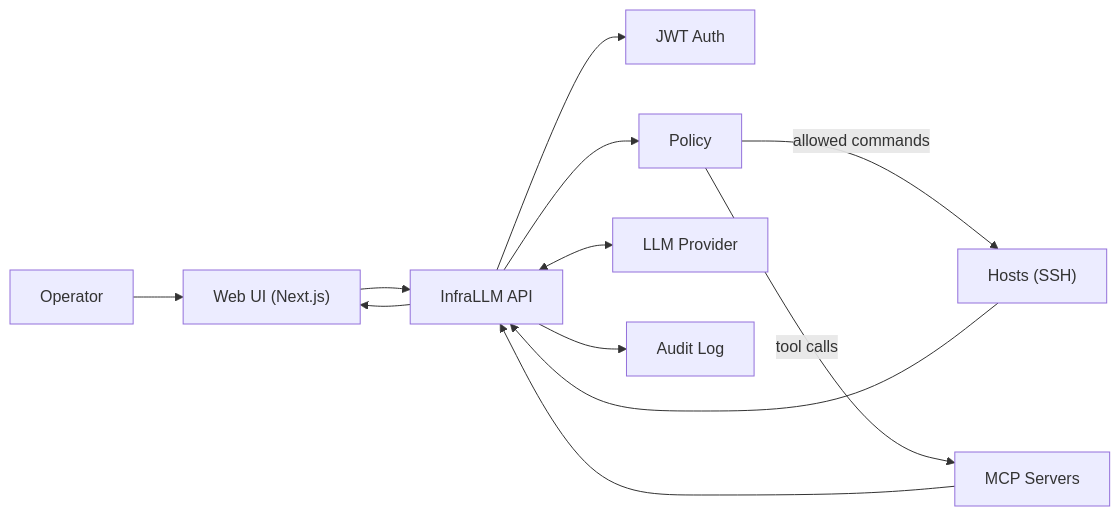
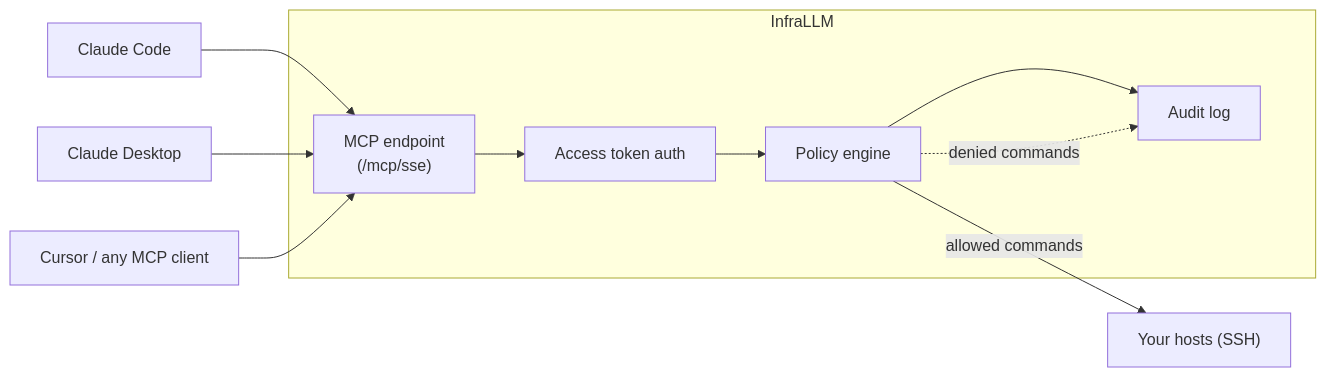
One commit to jd174/InfraLLM changed the diagram in README.md. Above: the diagram before and after it, drawn with Mermaid. The commit also changed other lines of this file and 6 other files, not shown here.

````diff
--- a/README.md
+++ b/README.md
@@ -39,14 +23,13 @@
 ```mermaid
 flowchart LR
-	U["Operator"] --> UI["Web UI (Next.js)"]
-	UI --> API["InfraLLM API"]
-	API --> AUTH["JWT Auth"]
-	API --> POLICY["Policy"]
-	API <--> LLM["LLM Provider"]
-	POLICY -- "allowed commands" --> HOSTS["Hosts (SSH)"]
-	POLICY -- "tool calls" --> MCP["MCP Servers"]
-	HOSTS --> API
-	MCP --> API
-	API --> AUDIT["Audit Log"]
-	API --> UI
+	CC["Claude Code"] --> GW
+	CD["Claude Desktop"] --> GW
+	CU["Cursor / any MCP client"] --> GW
+	subgraph InfraLLM
+		GW["MCP endpoint<br/>(/mcp/sse)"] --> TOK["Access token auth"]
+		TOK --> POLICY["Policy engine"]
+		POLICY --> AUDIT["Audit log"]
+	end
+	POLICY -- "allowed commands" --> HOSTS["Your hosts (SSH)"]
+	POLICY -. "denied commands" .-> AUDIT
 ```
````
